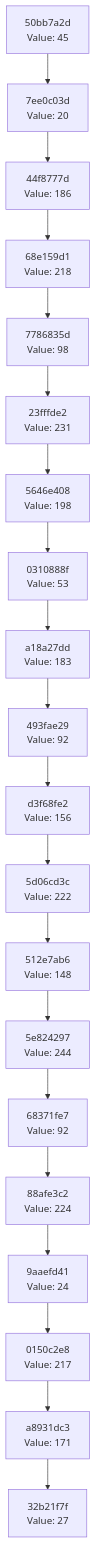
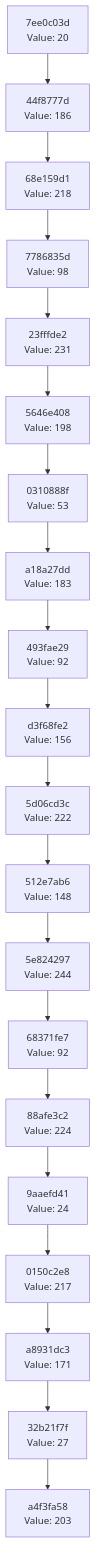
Before and after one commit to Abhisheksinha1506/hash-chain-evolver: the diagram in docs/CHAIN_VISUALIZATION.md, drawn with Mermaid. The commit also changed 3 other files, not shown here.

````diff
--- a/docs/CHAIN_VISUALIZATION.md
+++ b/docs/CHAIN_VISUALIZATION.md
@@ -3,42 +3,42 @@
 ```mermaid
 graph TD
-    C0["32b21f7f<br/>Value: 27"]
-    C1["a8931dc3<br/>Value: 171"]
+    C0["a4f3fa58<br/>Value: 203"]
+    C1["32b21f7f<br/>Value: 27"]
     C1 --> C0
-    C2["0150c2e8<br/>Value: 217"]
+    C2["a8931dc3<br/>Value: 171"]
     C2 --> C1
-    C3["9aaefd41<br/>Value: 24"]
+    C3["0150c2e8<br/>Value: 217"]
     C3 --> C2
-    C4["88afe3c2<br/>Value: 224"]
+    C4["9aaefd41<br/>Value: 24"]
     C4 --> C3
-    C5["68371fe7<br/>Value: 92"]
+    C5["88afe3c2<br/>Value: 224"]
     C5 --> C4
-    C6["5e824297<br/>Value: 244"]
+    C6["68371fe7<br/>Value: 92"]
     C6 --> C5
-    C7["512e7ab6<br/>Value: 148"]
+    C7["5e824297<br/>Value: 244"]
     C7 --> C6
-    C8["5d06cd3c<br/>Value: 222"]
+    C8["512e7ab6<br/>Value: 148"]
     C8 --> C7
-    C9["d3f68fe2<br/>Value: 156"]
+    C9["5d06cd3c<br/>Value: 222"]
     C9 --> C8
-    C10["493fae29<br/>Value: 92"]
+    C10["d3f68fe2<br/>Value: 156"]
     C10 --> C9
-    C11["a18a27dd<br/>Value: 183"]
+    C11["493fae29<br/>Value: 92"]
     C11 --> C10
-    C12["0310888f<br/>Value: 53"]
+    C12["a18a27dd<br/>Value: 183"]
     C12 --> C11
-    C13["5646e408<br/>Value: 198"]
+    C13["0310888f<br/>Value: 53"]
     C13 --> C12
-    C14["23fffde2<br/>Value: 231"]
+    C14["5646e408<br/>Value: 198"]
     C14 --> C13
-    C15["7786835d<br/>Value: 98"]
+    C15["23fffde2<br/>Value: 231"]
     C15 --> C14
-    C16["68e159d1<br/>Value: 218"]
+    C16["7786835d<br/>Value: 98"]
     C16 --> C15
-    C17["44f8777d<br/>Value: 186"]
+    C17["68e159d1<br/>Value: 218"]
     C17 --> C16
-    C18["7ee0c03d<br/>Value: 20"]
+    C18["44f8777d<br/>Value: 186"]
     C18 --> C17
-    C19["50bb7a2d<br/>Value: 45"]
+    C19["7ee0c03d<br/>Value: 20"]
     C19 --> C18
 ```
````
